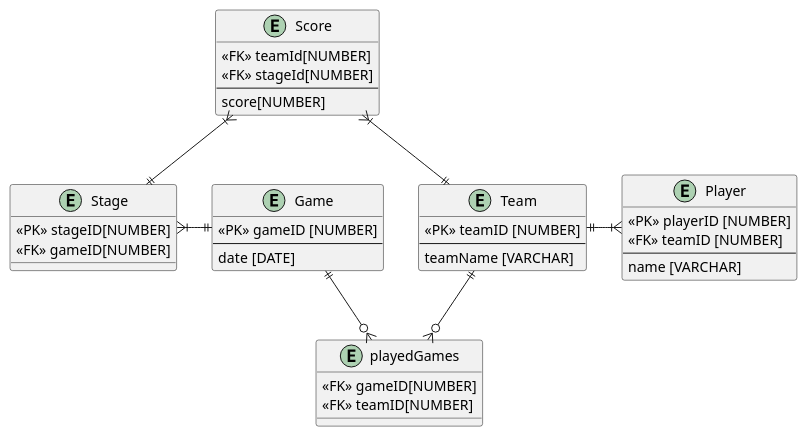
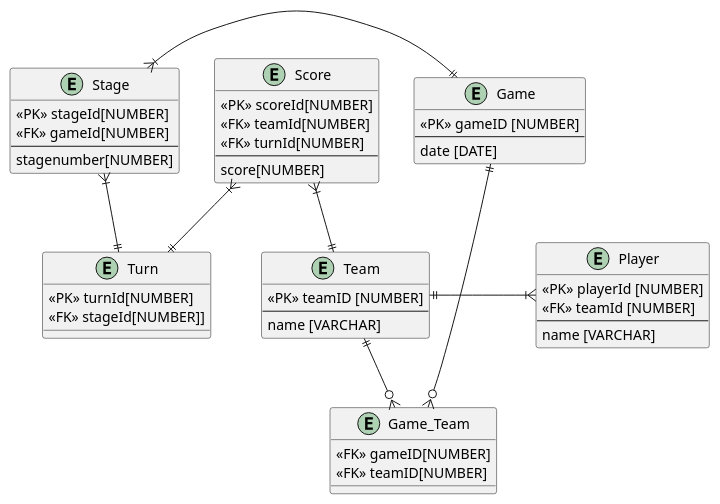
One commit to 2425-4bhitm-itp/eispunkt changed the diagram in EispunktERD.puml. Above: the diagram before and after it, drawn with PlantUML.

Commit message:
doc: updated erd to the current project state

```diff
--- a/EispunktERD.puml
+++ b/EispunktERD.puml
@@ -1,47 +1,53 @@
 @startuml
     entity Game{
         <<PK>> gameID [NUMBER]
         --
         date [DATE]
     }
 
-    entity playedGames{
+    entity Game_Team{
         <<FK>> gameID[NUMBER]
         <<FK>> teamID[NUMBER]
     }
 
     entity Team{
         <<PK>> teamID [NUMBER]
         --
-        teamName [VARCHAR]
+        name [VARCHAR]
     }
 
     entity Player{
-        <<PK>> playerID [NUMBER]
-        <<FK>> teamID [NUMBER]
+        <<PK>> playerId [NUMBER]
+        <<FK>> teamId [NUMBER]
         --
         name [VARCHAR]
     }
 
     entity Stage{
-        <<PK>> stageID[NUMBER]
-        <<FK>> gameID[NUMBER]
+        <<PK>> stageId[NUMBER]
+        <<FK>> gameId[NUMBER]
+        --
+        stagenumber[NUMBER]
+    }
+
+    entity Turn {
+        <<PK>> turnId[NUMBER]
+        <<FK>> stageId[NUMBER]]
     }
 
     entity Score{
+        <<PK>> scoreId[NUMBER]
         <<FK>> teamId[NUMBER]
-        <<FK>> stageId[NUMBER]
+        <<FK>> turnId[NUMBER]
         --
         score[NUMBER]
     }
 
-
-
-    Team||--o{playedGames
-    Game||--o{playedGames
+    Team||--o{Game_Team
+    Game||--o{Game_Team
     Stage}|-||Game
     Team||-|{Player
-    Score}|--||Stage
     Score}|--||Team
-
+    Score}|--||Turn
+    Stage}|--||Turn
 @enduml
```
